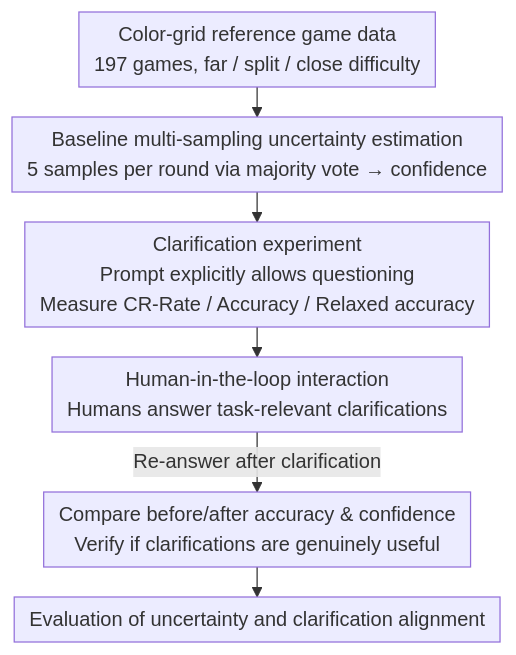
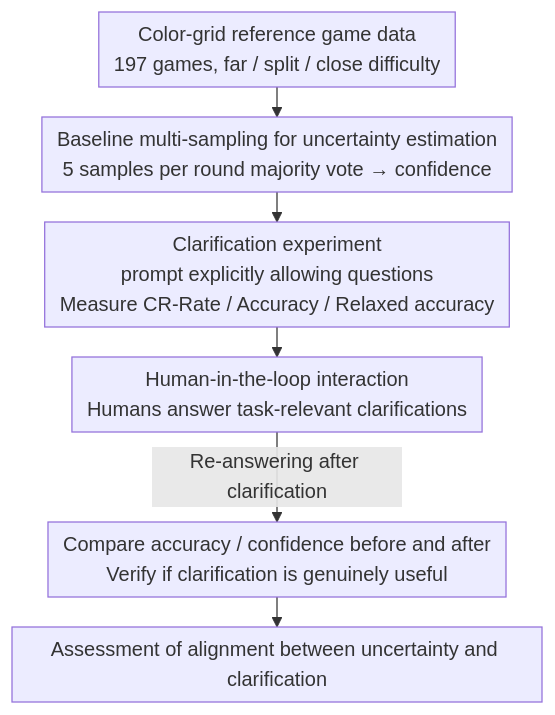
The diagram in docs/ACL2026/audio_speech/reference_games_as_a_testbed_for_the_alignment_of_model_uncertainty_and_clarific.md (zhaoyang97/Paper-Notes-en), drawn with Mermaid before and after one commit. The commit also changed other lines of this file and 5084 other files, not shown here.

````diff
--- a/docs/ACL2026/audio_speech/reference_games_as_a_testbed_for_the_alignment_of_model_uncertainty_and_clarific.md
+++ b/docs/ACL2026/audio_speech/reference_games_as_a_testbed_for_the_alignment_of_model_uncertainty_and_clarific.md
@@ -46,9 +46,9 @@
 ```mermaid
 %%{init: {'flowchart': {'rankSpacing': 24, 'nodeSpacing': 28, 'padding': 6, 'wrappingWidth': 400}}}%%
 flowchart TD
-    A["Color-grid reference game data<br/>197 games, far / split / close difficulty"] --> B["Baseline multi-sampling uncertainty estimation<br/>5 samples per round via majority vote → confidence"]
-    B --> C["Clarification experiment<br/>Prompt explicitly allows questioning<br/>Measure CR-Rate / Accuracy / Relaxed accuracy"]
+    A["Color-grid reference game data<br/>197 games, far / split / close difficulty"] --> B["Baseline multi-sampling for uncertainty estimation<br/>5 samples per round majority vote → confidence"]
+    B --> C["Clarification experiment<br/>prompt explicitly allowing questions<br/>Measure CR-Rate / Accuracy / Relaxed accuracy"]
     C --> D["Human-in-the-loop interaction<br/>Humans answer task-relevant clarifications"]
-    D -->|Re-answer after clarification| E["Compare before/after accuracy & confidence<br/>Verify if clarifications are genuinely useful"]
-    E --> F["Evaluation of uncertainty and clarification alignment"]
+    D -->|Re-answering after clarification| E["Compare accuracy / confidence before and after<br/>Verify if clarification is genuinely useful"]
+    E --> F["Assessment of alignment between uncertainty and clarification"]
 ```
````
